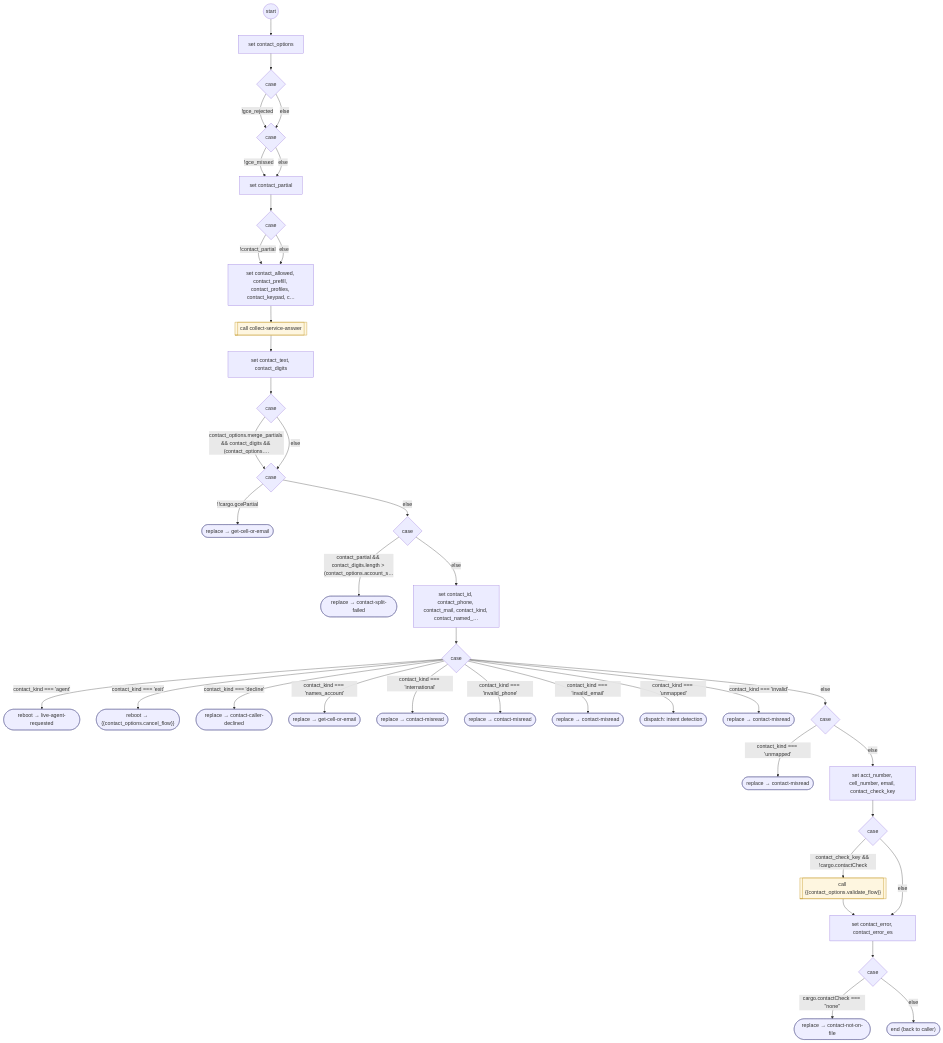
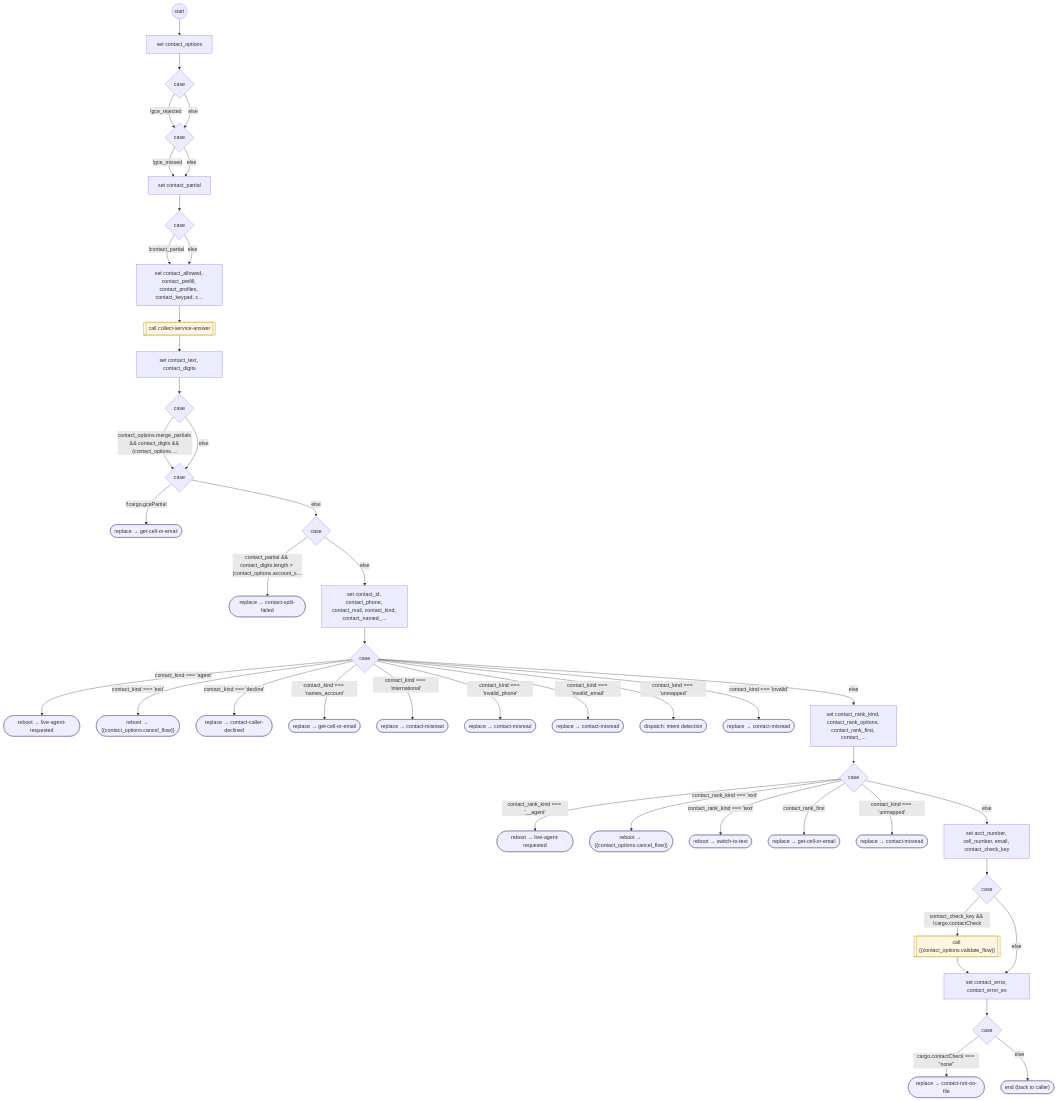
The diagram in docs/flows/system/get-cell-or-email.md (ronpinkas/jsfe), drawn with Mermaid before and after one commit. The commit also changed other lines of this file and 2 other files, not shown here.

Commit message:
jsfe flows: reference copy of the prod shared sets from AIDevelopment 59ac685

```diff
--- a/docs/flows/system/get-cell-or-email.md
+++ b/docs/flows/system/get-cell-or-email.md
@@ -100,29 +100,43 @@
    b23(["replace → contact-misread"])
    class b23 endstep
    c14 -- "contact_kind === 'invalid'" --> b23
-   c24{"case"}
-   c14 -- "else" --> c24
-   b25(["replace → contact-misread"])
-   class b25 endstep
-   c24 -- "contact_kind === 'unmapped'" --> b25
-   n26["set acct_number, cell_number, email, contact_check_key"]
-   c24 -- "else" --> n26
-   c27{"case"}
-   n26 --> c27
-   b28[["call #123;#123;contact_options.validate_flow#125;#125;"]]
-   class b28 flowstep
-   c27 -- "contact_check_key && !cargo.contactCheck" --> b28
-   n29["set contact_error, contact_error_es"]
-   b28 --> n29
-   c27 -- "else" --> n29
-   c30{"case"}
-   n29 --> c30
-   b31(["replace → contact-not-on-file"])
-   class b31 endstep
-   c30 -- "cargo.contactCheck === #quot;none#quot;" --> b31
+   n24["set contact_rank_kind, contact_rank_options, contact_rank_first, contact_…"]
+   c14 -- "else" --> n24
+   c25{"case"}
+   n24 --> c25
+   b26(["reboot → live-agent-requested"])
+   class b26 endstep
+   c25 -- "contact_rank_kind === '__agent'" --> b26
+   b27(["reboot → #123;#123;contact_options.cancel_flow#125;#125;"])
+   class b27 endstep
+   c25 -- "contact_rank_kind === 'exit'" --> b27
+   b28(["reboot → switch-to-text"])
+   class b28 endstep
+   c25 -- "contact_rank_kind === 'text'" --> b28
+   b29(["replace → get-cell-or-email"])
+   class b29 endstep
+   c25 -- "contact_rank_first" --> b29
+   b30(["replace → contact-misread"])
+   class b30 endstep
+   c25 -- "contact_kind === 'unmapped'" --> b30
+   n31["set acct_number, cell_number, email, contact_check_key"]
+   c25 -- "else" --> n31
+   c32{"case"}
+   n31 --> c32
+   b33[["call #123;#123;contact_options.validate_flow#125;#125;"]]
+   class b33 flowstep
+   c32 -- "contact_check_key && !cargo.contactCheck" --> b33
+   n34["set contact_error, contact_error_es"]
+   b33 --> n34
+   c32 -- "else" --> n34
+   c35{"case"}
+   n34 --> c35
+   b36(["replace → contact-not-on-file"])
+   class b36 endstep
+   c35 -- "cargo.contactCheck === #quot;none#quot;" --> b36
    DONE(["end (back to caller)"])
    class DONE endstep
-   c30 -- "else" --> DONE
+   c35 -- "else" --> DONE
    classDef endstep fill:#eef,stroke:#669
    classDef toolstep fill:#efe,stroke:#696
    classDef flowstep fill:#fef6e0,stroke:#b80
```
